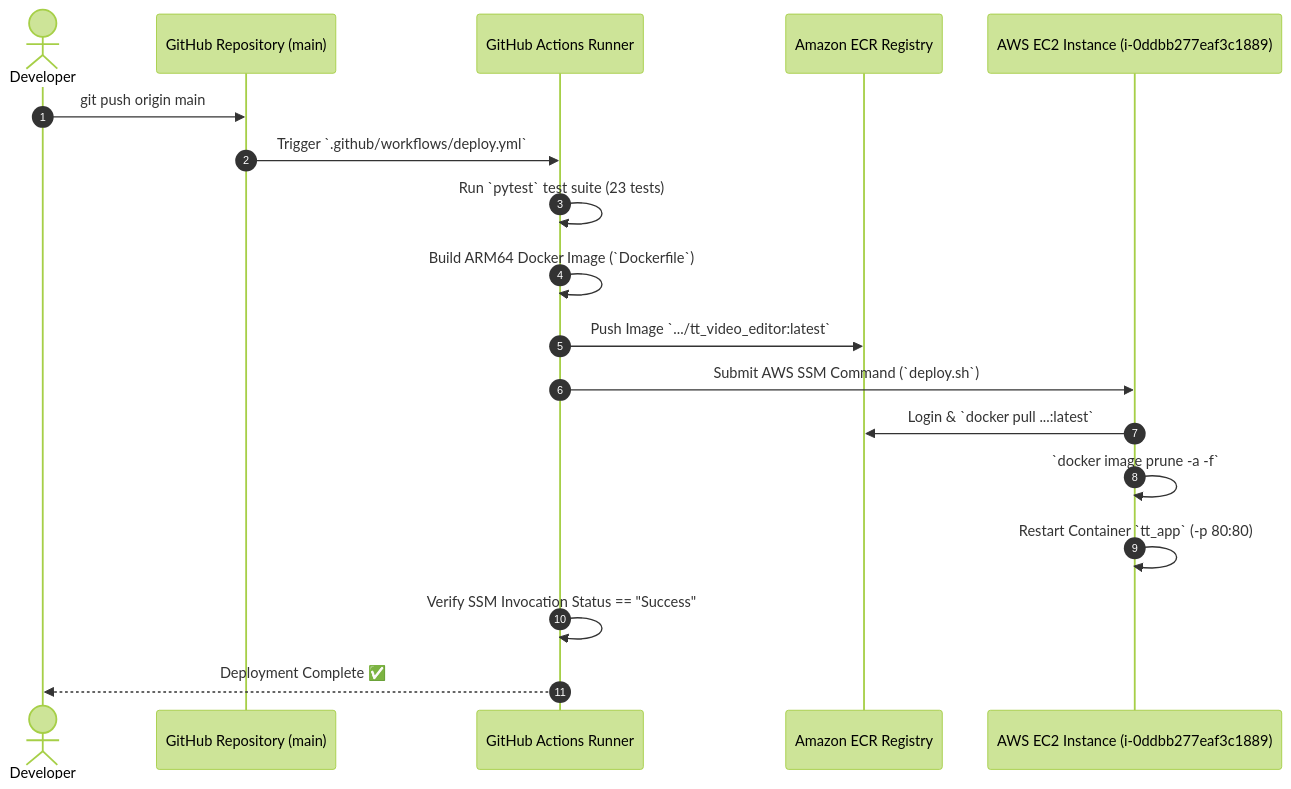
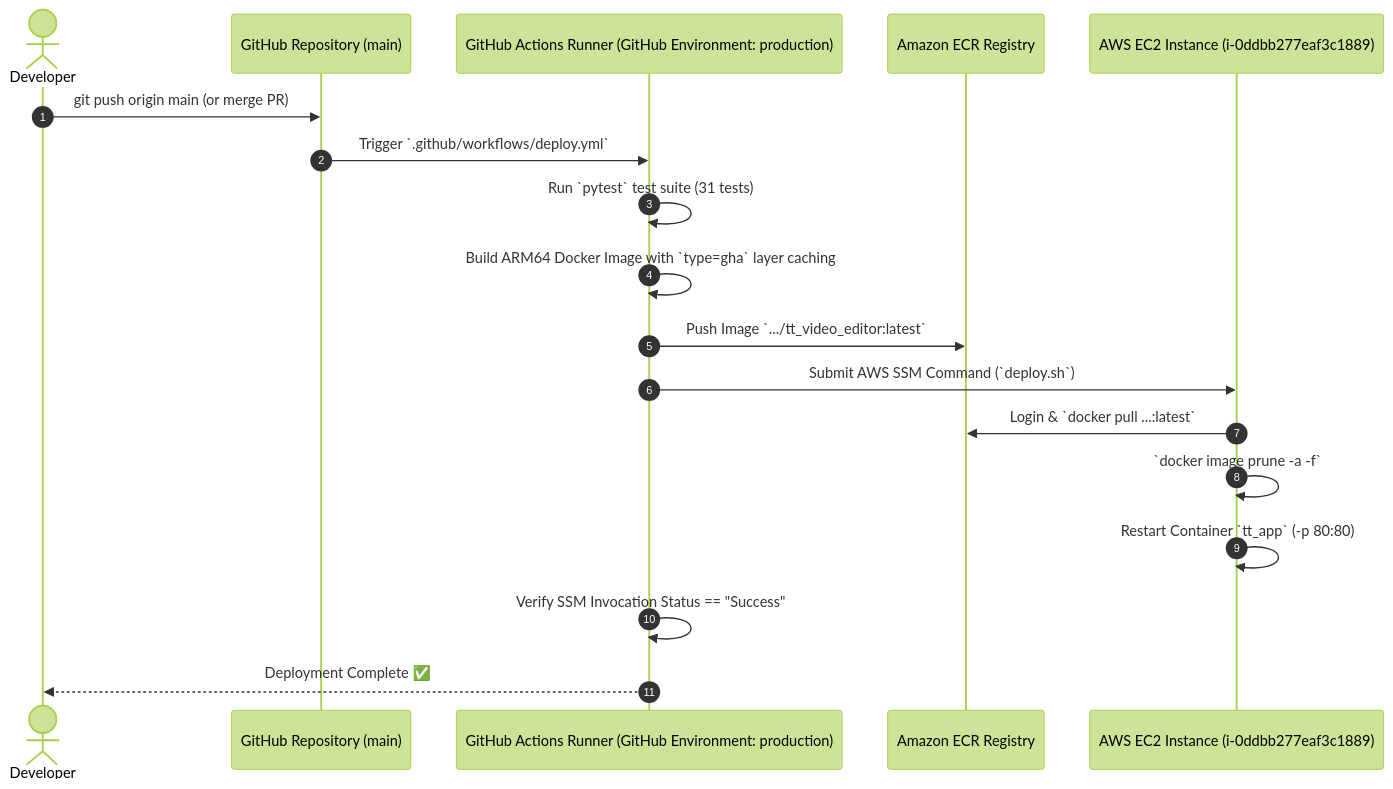
One commit to conhuang/tt-match-highlights changed the second of 2 diagrams in docs/ARCHITECTURE.md. Above: the diagram before and after it, drawn with Mermaid (forest theme). The commit also changed other lines of this file, not shown here.

Commit message:
docs(arch): update ARCHITECTURE.md with multi-tenancy, analytics, S3 streaming 307s, and section 7 dev environment

````diff
--- a/docs/ARCHITECTURE.md
+++ b/docs/ARCHITECTURE.md
@@ -109,21 +119,21 @@
 ```mermaid
 sequenceDiagram
     autonumber
     actor Developer
     participant GitHub as GitHub Repository (main)
-    participant Actions as GitHub Actions Runner
+    participant Actions as GitHub Actions Runner (GitHub Environment: production)
     participant ECR as Amazon ECR Registry
     participant EC2 as AWS EC2 Instance (i-0ddbb277eaf3c1889)
 
-    Developer->>GitHub: git push origin main
+    Developer->>GitHub: git push origin main (or merge PR)
     GitHub->>Actions: Trigger `.github/workflows/deploy.yml`
-    Actions->>Actions: Run `pytest` test suite (23 tests)
-    Actions->>Actions: Build ARM64 Docker Image (`Dockerfile`)
+    Actions->>Actions: Run `pytest` test suite (31 tests)
+    Actions->>Actions: Build ARM64 Docker Image with `type=gha` layer caching
     Actions->>ECR: Push Image `.../tt_video_editor:latest`
     Actions->>EC2: Submit AWS SSM Command (`deploy.sh`)
     EC2->>ECR: Login & `docker pull ...:latest`
     EC2->>EC2: `docker image prune -a -f`
     EC2->>EC2: Restart Container `tt_app` (-p 80:80)
     Actions->>Actions: Verify SSM Invocation Status == "Success"
     Actions-->>Developer: Deployment Complete ✅
 ```
````
